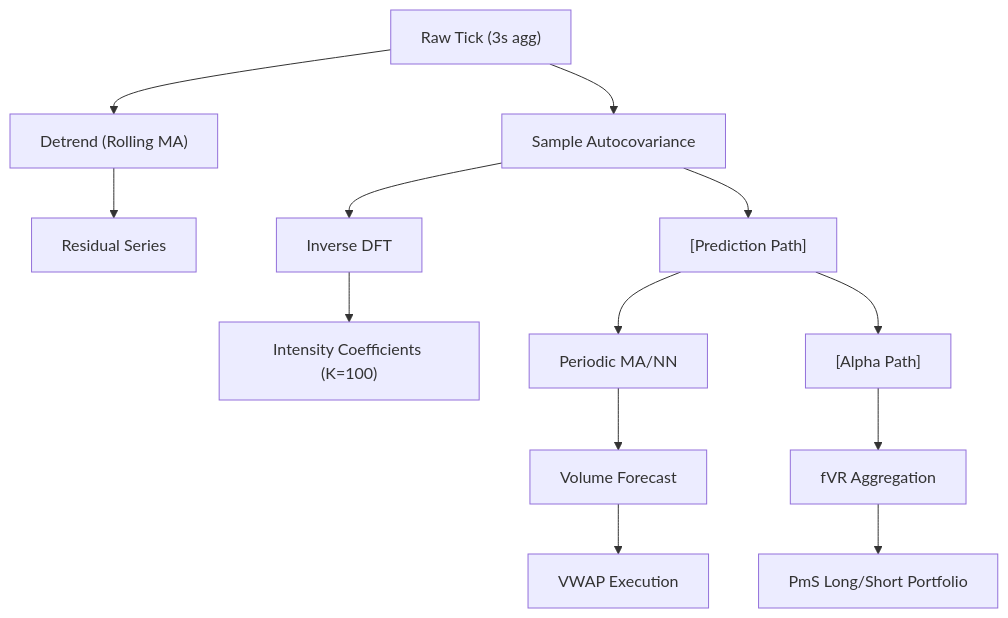
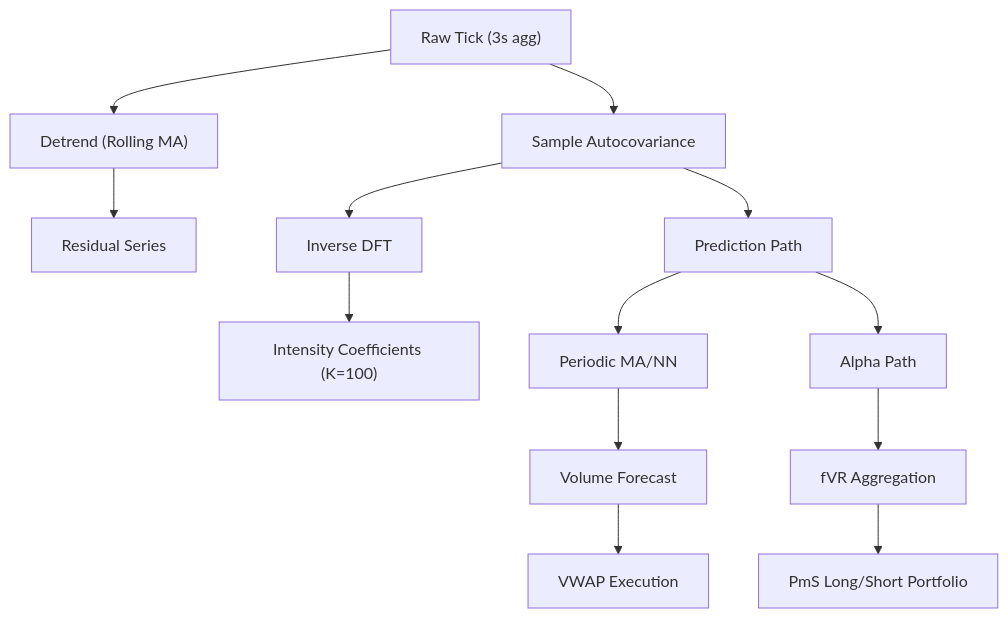
Before and after one commit to sou350121/Trading-Handbook: the diagram in foundations/market-microstructure/art-332.md, drawn with Mermaid. The commit also changed 191 other files, not shown here.

First line of the commit message:
render: fix math + mermaid for GitHub across the corpus (188 pages)

````diff
--- a/foundations/market-microstructure/art-332.md
+++ b/foundations/market-microstructure/art-332.md
@@ -32,15 +32,15 @@
 ```mermaid
 flowchart TD
     N1["Raw Tick (3s agg)"] --> N2["Detrend (Rolling MA)"]
     N2["Detrend (Rolling MA)"] --> N3["Residual Series"]
     N1["Raw Tick (3s agg)"] --> N4["Sample Autocovariance"]
     N4["Sample Autocovariance"] --> N5["Inverse DFT"]
     N5["Inverse DFT"] --> N6["Intensity Coefficients (K=100)"]
-    N4["Sample Autocovariance"] --> N7["[Prediction Path]"]
-    N7["[Prediction Path]"] --> N8["Periodic MA/NN"]
+    N4["Sample Autocovariance"] --> N7["Prediction Path"]
+    N7["Prediction Path"] --> N8["Periodic MA/NN"]
     N8["Periodic MA/NN"] --> N9["Volume Forecast"]
     N9["Volume Forecast"] --> N10["VWAP Execution"]
-    N7["[Prediction Path]"] --> N11["[Alpha Path]"]
-    N11["[Alpha Path]"] --> N12["fVR Aggregation"]
+    N7["Prediction Path"] --> N11["Alpha Path"]
+    N11["Alpha Path"] --> N12["fVR Aggregation"]
     N12["fVR Aggregation"] --> N13["PmS Long/Short Portfolio"]
 ```
````
